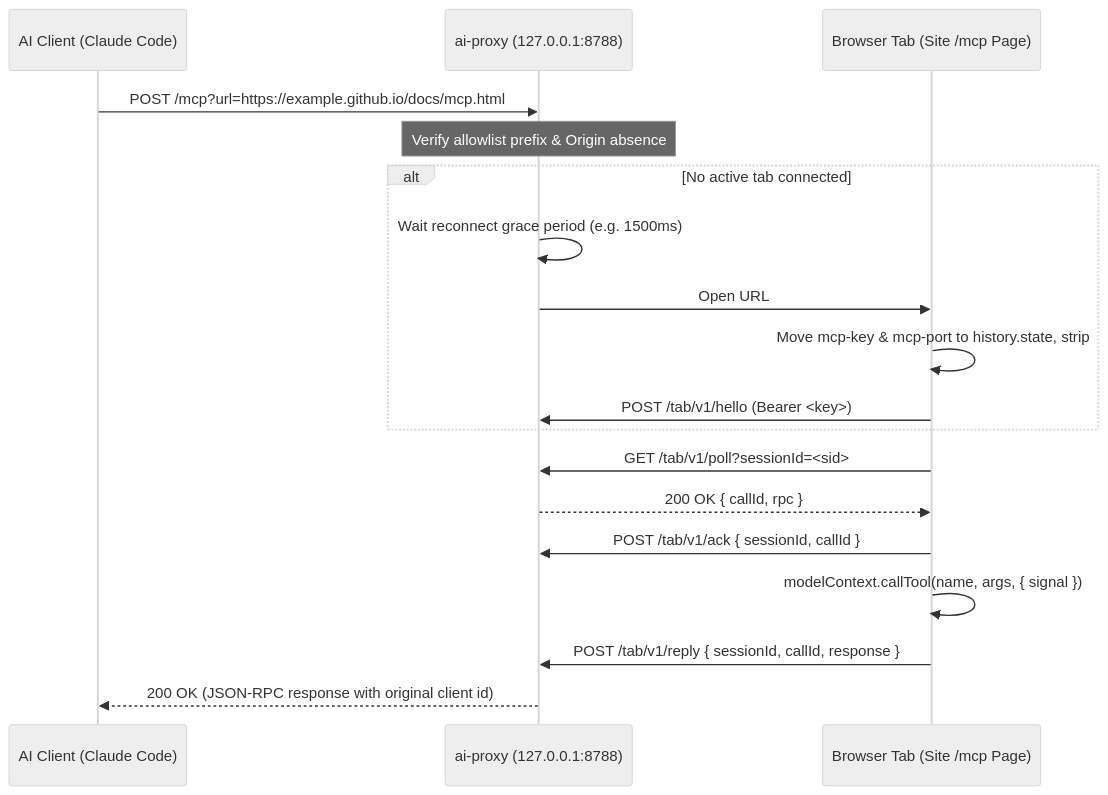
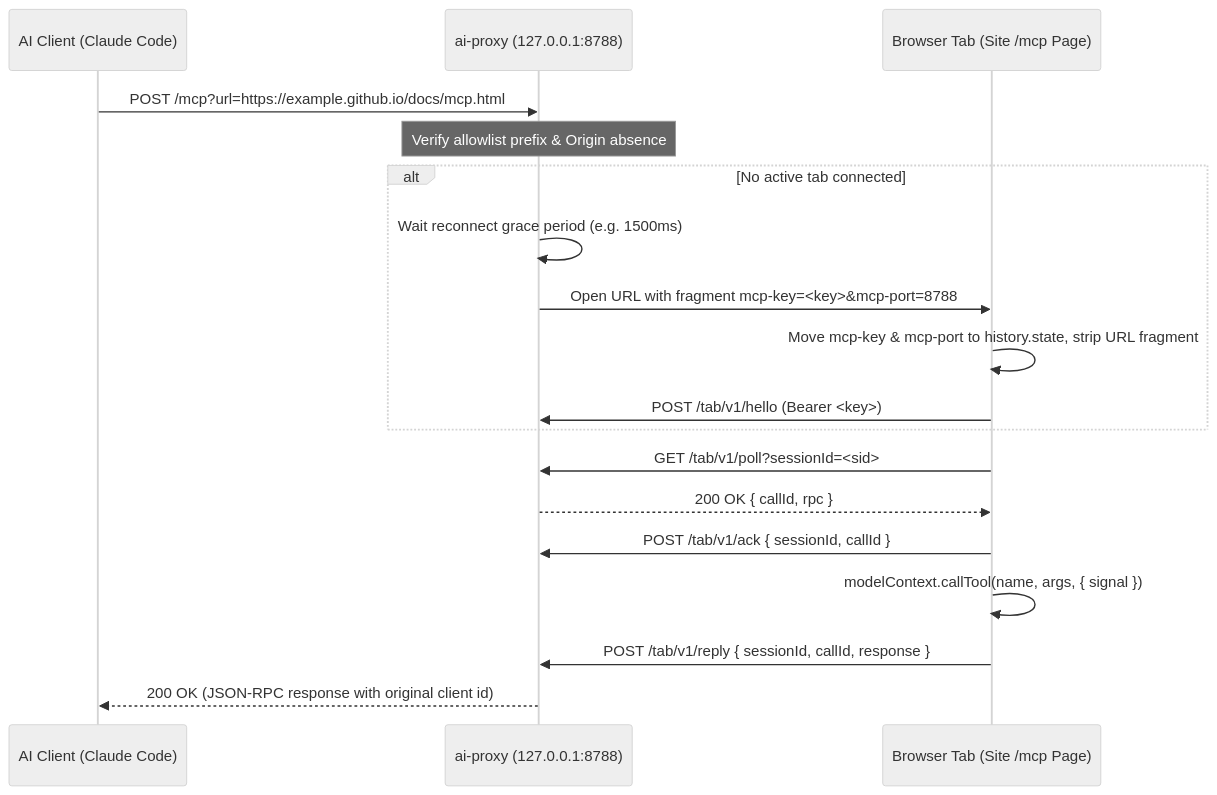
The diagram in docs/spec.md (yongjhih/ai-proxy), drawn with Mermaid (neutral theme) before and after one commit. The commit also changed 63 other files, not shown here.

Commit message:
feat(site): fix dark-mode Mermaid diagrams, use short URLs, and add covpages coverage report

````diff
--- a/docs/spec.md
+++ b/docs/spec.md
@@ -9,21 +9,21 @@
 ```mermaid
 sequenceDiagram
   participant AI as AI Client (Claude Code)
   participant Relay as ai-proxy (127.0.0.1:8788)
   participant Tab as Browser Tab (Site /mcp Page)
 
   AI->>Relay: POST /mcp?url=https://example.github.io/docs/mcp.html
   Note over Relay: Verify allowlist prefix & Origin absence
   alt No active tab connected
     Relay->>Relay: Wait reconnect grace period (e.g. 1500ms)
-    Relay->>Tab: Open URL#mcp-key=<key>&mcp-port=8788
-    Tab->>Tab: Move mcp-key & mcp-port to history.state, strip #fragment
+    Relay->>Tab: Open URL with fragment mcp-key=<key>&mcp-port=8788
+    Tab->>Tab: Move mcp-key & mcp-port to history.state, strip URL fragment
     Tab->>Relay: POST /tab/v1/hello (Bearer <key>)
   end
   Tab->>Relay: GET /tab/v1/poll?sessionId=<sid>
   Relay-->>Tab: 200 OK { callId, rpc }
   Tab->>Relay: POST /tab/v1/ack { sessionId, callId }
   Tab->>Tab: modelContext.callTool(name, args, { signal })
   Tab->>Relay: POST /tab/v1/reply { sessionId, callId, response }
   Relay-->>AI: 200 OK (JSON-RPC response with original client id)
 ```
````
